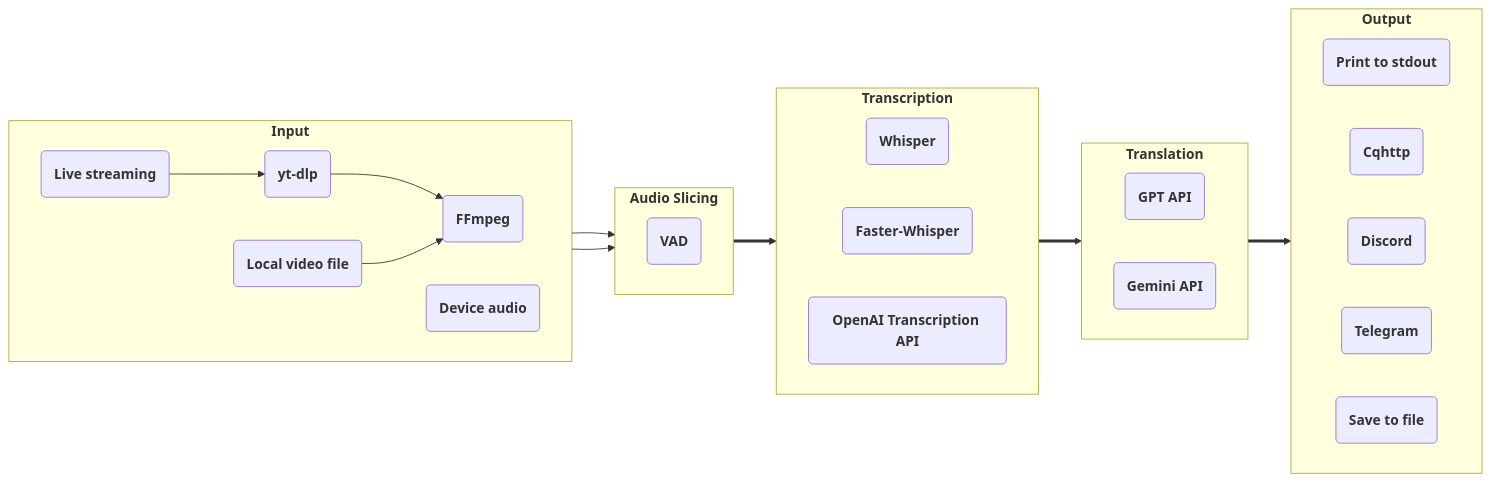
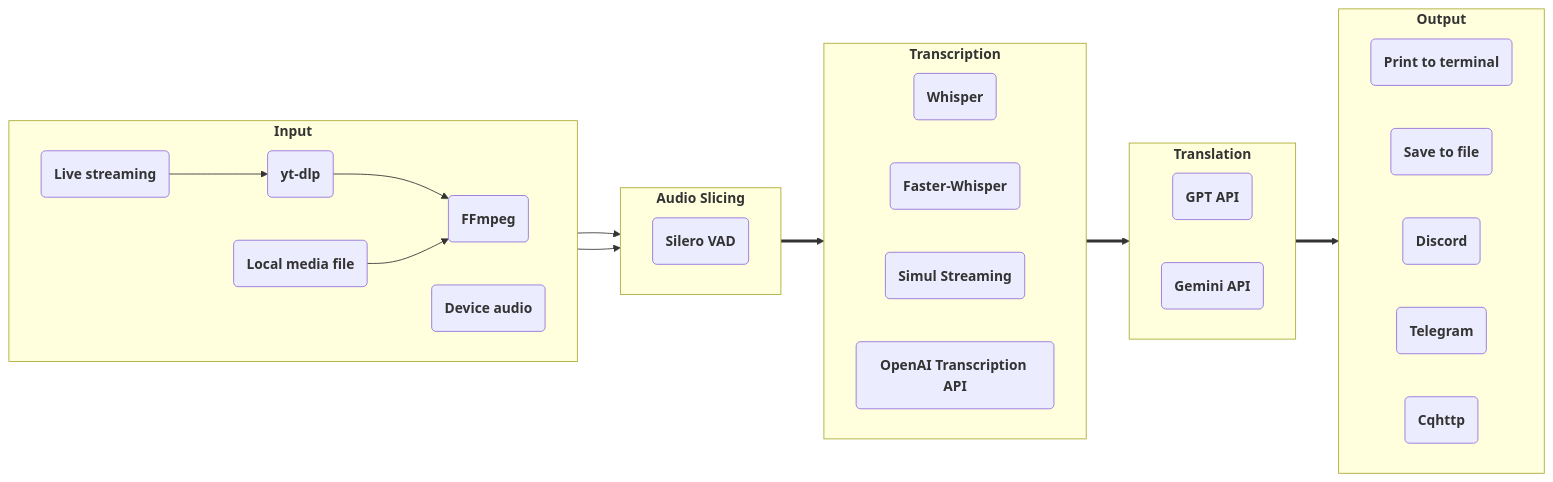
Before and after one commit to ionic-bond/stream-translator-gpt: the diagram in README.md, drawn with Mermaid. The commit also changed other lines of this file and 4 other files, not shown here.

````diff
--- a/README.md
+++ b/README.md
@@ -7,42 +15,43 @@
 ```mermaid
 flowchart LR
     subgraph ga["`**Input**`"]
         direction LR
         aa("`**FFmpeg**`")
         ab("`**Device audio**`")
         ac("`**yt-dlp**`")
-        ad("`**Local video file**`")
+        ad("`**Local media file**`")
         ae("`**Live streaming**`")
         ac --> aa
         ad --> aa
         ae --> ac
     end
     subgraph gb["`**Audio Slicing**`"]
         direction LR
-        ba("`**VAD**`")
+        ba("`**Silero VAD**`")
     end
     subgraph gc["`**Transcription**`"]
         direction LR
         ca("`**Whisper**`")
         cb("`**Faster-Whisper**`")
-        cc("`**OpenAI Transcription API**`")
+        cc("`**Simul Streaming**`")
+        cd("`**OpenAI Transcription API**`")
     end
     subgraph gd["`**Translation**`"]
         direction LR
         da("`**GPT API**`")
         db("`**Gemini API**`")
     end
     subgraph ge["`**Output**`"]
         direction LR
-        ea("`**Print to stdout**`")
-        eb("`**Cqhttp**`")
+        ea("`**Print to terminal**`")
+        ee("`**Save to file**`")
         ec("`**Discord**`")
         ed("`**Telegram**`")
-        ee("`**Save to file**`")
+        eb("`**Cqhttp**`")
     end
     aa --> gb
     ab --> gb
     gb ==> gc
     gc ==> gd
     gd ==> ge
 ```
````
